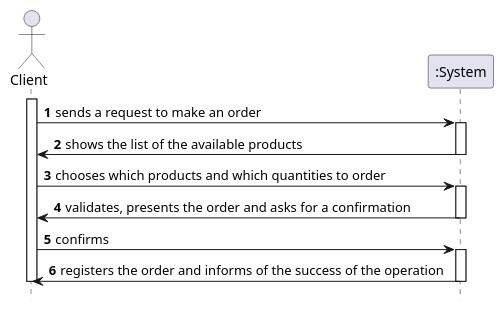
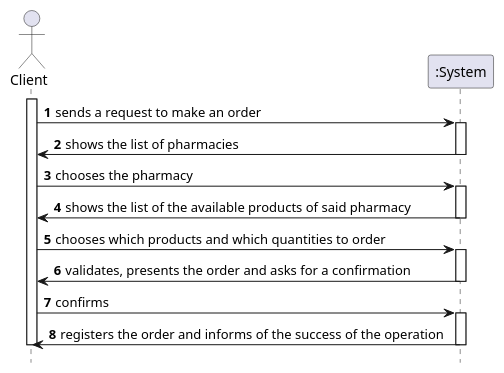
Before and after one commit to tiagoavcosta25/LAPR3: the diagram in docs/Iteration 1/Make An Order/US25_MakeAnOrder/US25_SSD.puml, drawn with PlantUML. The commit also changed 13 other files, not shown here.

```diff
--- a/docs/Iteration 1/Make An Order/US25_MakeAnOrder/US25_SSD.puml
+++ b/docs/Iteration 1/Make An Order/US25_MakeAnOrder/US25_SSD.puml
@@ -1,27 +1,32 @@
 @startuml
 autonumber
 hide footbox
 
 actor "Client" as CL
 participant ":System" as SYST
 
 activate CL
 
 CL -> SYST : sends a request to make an order
 activate SYST
-SYST -> CL : shows the list of the available products
+SYST -> CL : shows the list of pharmacies
+deactivate SYST
+
+CL -> SYST : chooses the pharmacy
+activate SYST
+SYST -> CL : shows the list of the available products of said pharmacy
 deactivate SYST
 
 CL -> SYST : chooses which products and which quantities to order
 activate SYST
 SYST -> CL : validates, presents the order and asks for a confirmation
 deactivate SYST
 
 CL -> SYST : confirms
 activate SYST
 SYST -> CL : registers the order and informs of the success of the operation
 deactivate SYST
 
 deactivate CL
 
 @enduml
```
